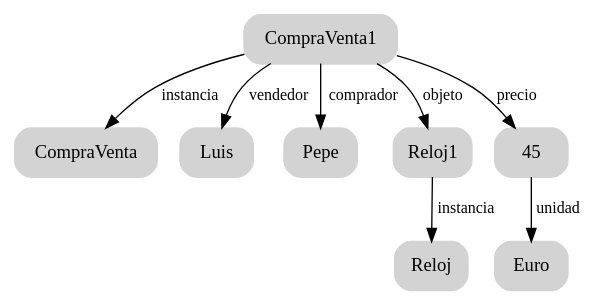
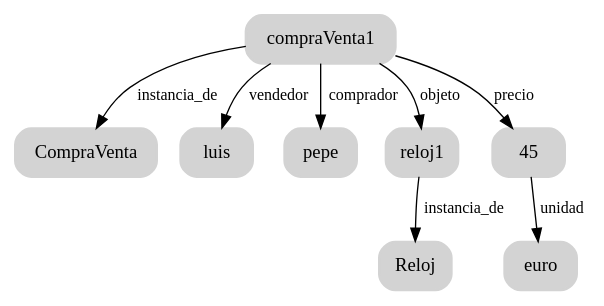
Before and after one commit to masterdatascienceifca/semantic-networks: the diagram in dot/graph6.dot, drawn with Graphviz. The commit also changed 24 other files, not shown here.

```diff
--- a/dot/graph6.dot
+++ b/dot/graph6.dot
@@ -1,21 +1,21 @@
 digraph ejemplo {
-node  [style="rounded,filled,bold", shape=box, fontname="Nimbus", color="lightgray"];
-edge  [fontname="Nimbus" weight=2, fontsize=12]
+    node  [style="rounded,filled,bold", shape=box, fontname="Nimbus", color="lightgray"];
+    edge  [fontname="Nimbus" weight=2, fontsize=12]
 
-A -> B [ label = "instancia" ];
-A -> C [ label = "vendedor"];
-A -> D [ label = "comprador"];
-A -> E [ label = "objeto"];
-A -> F [ label = "precio"];
-E -> G [ label = "instancia"];
-F -> H [ label = "unidad"];
+    A -> B [ label = "instancia_de" ];
+    A -> C [ label = "vendedor"];
+    A -> D [ label = "comprador"];
+    A -> E [ label = "objeto"];
+    A -> F [ label = "precio"];
+    E -> G [ label = "instancia_de"];
+    F -> H [ label = "unidad"];
 
-A [label="CompraVenta1"];
-B [label="CompraVenta"];
-C [label="Luis"];
-D [label="Pepe"];
-E [label="Reloj1"];
-F [label="45"];
-G [label="Reloj"];
-H [label="Euro"];
+    A [label="compraVenta1"];
+    B [label="CompraVenta"];
+    C [label="luis"];
+    D [label="pepe"];
+    E [label="reloj1"];
+    F [label="45"];
+    G [label="Reloj"];
+    H [label="euro"];
 }
```
